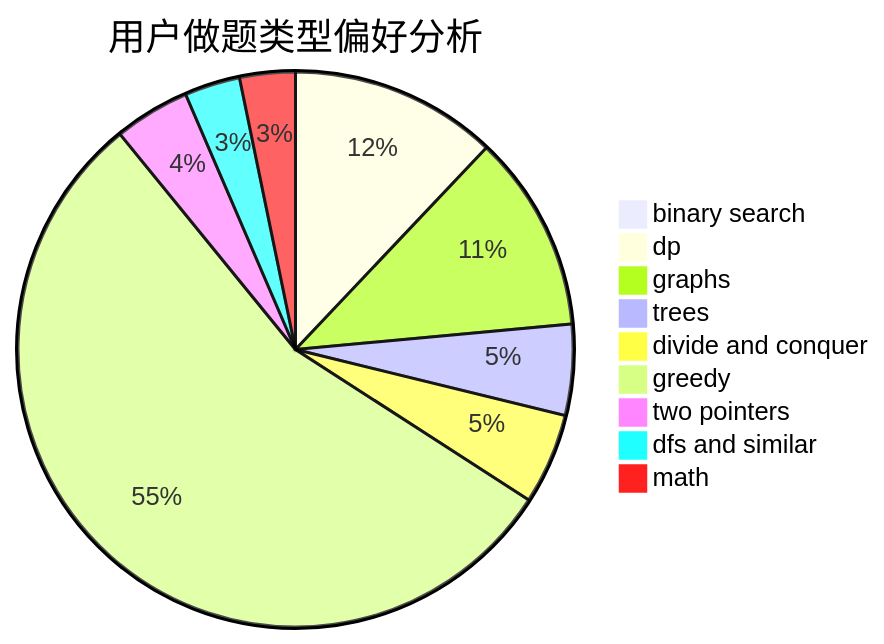
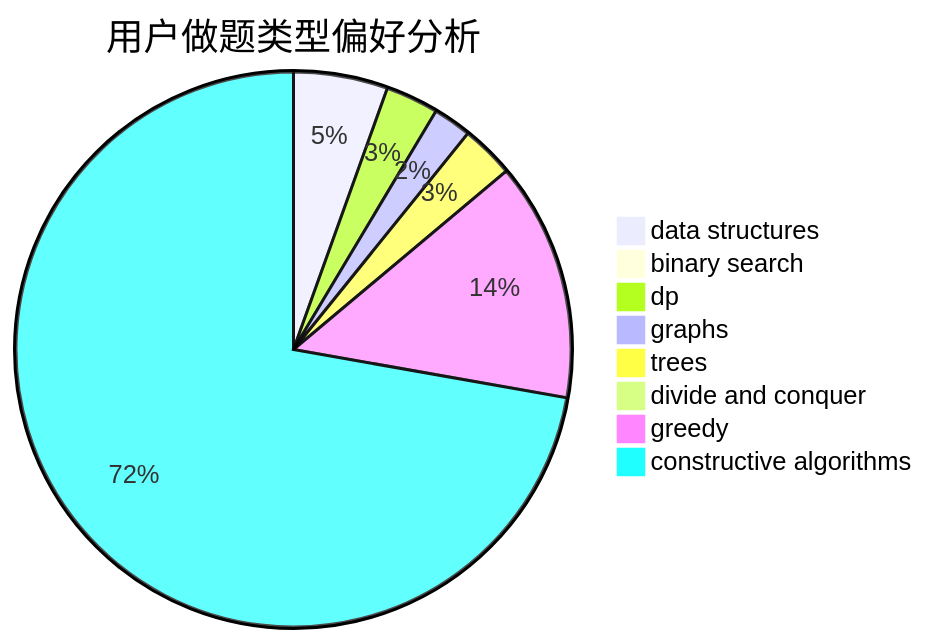
The second of 3 diagrams in docs/user/u593.md (sherpahu/cfrs.github.io), drawn with Mermaid before and after one commit. The commit also changed other lines of this file and 2775 other files, not shown here.

````diff
--- a/docs/user/u593.md
+++ b/docs/user/u593.md
@@ -23,12 +23,11 @@
 ```mermaid
 pie title 用户做题类型偏好分析
-    "binary search" :  3
-    "dp" :  41
-    "graphs" :  39
+    "data structures" :  32
+    "binary search" :  1
+    "dp" :  18
+    "graphs" :  13
     "trees" :  18
-    "divide and conquer" :  18
-    "greedy" :  187
-    "two pointers" :  15
-    "dfs and similar" :  11
-    "math" :  11
+    "divide and conquer" :  0
+    "greedy" :  81
+    "constructive algorithms" :  421
 ```
````
